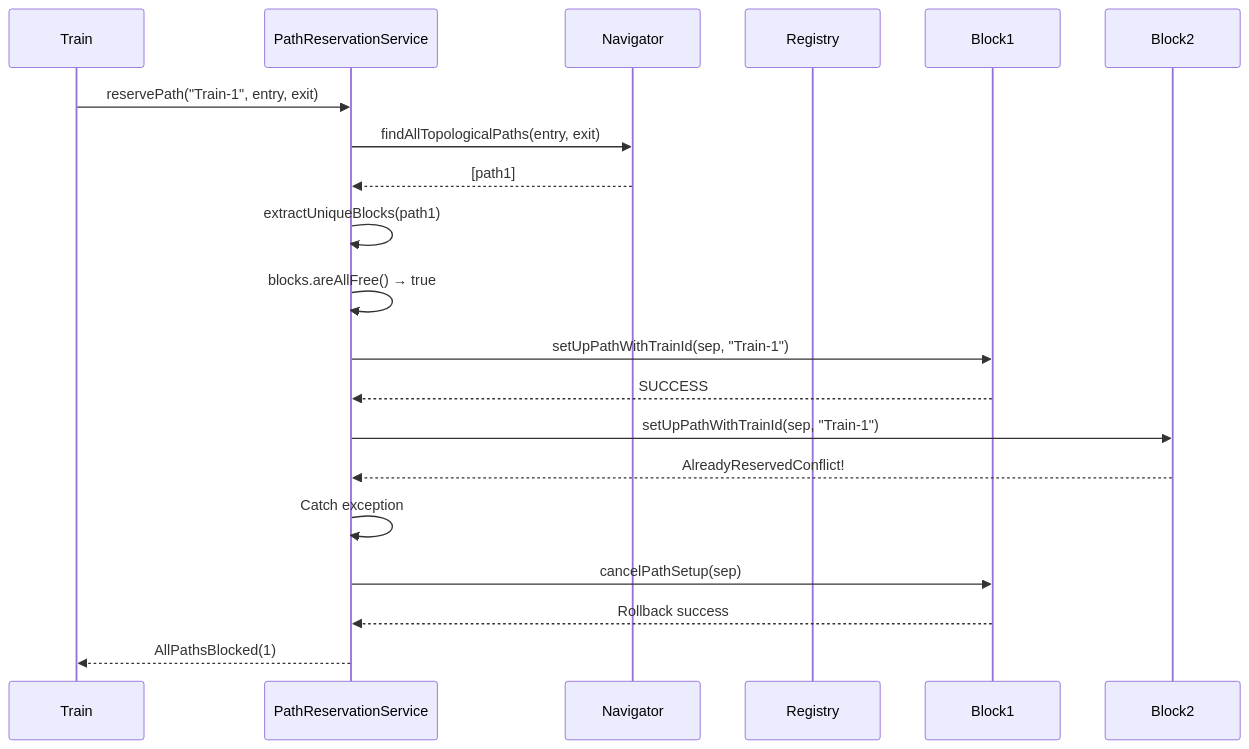
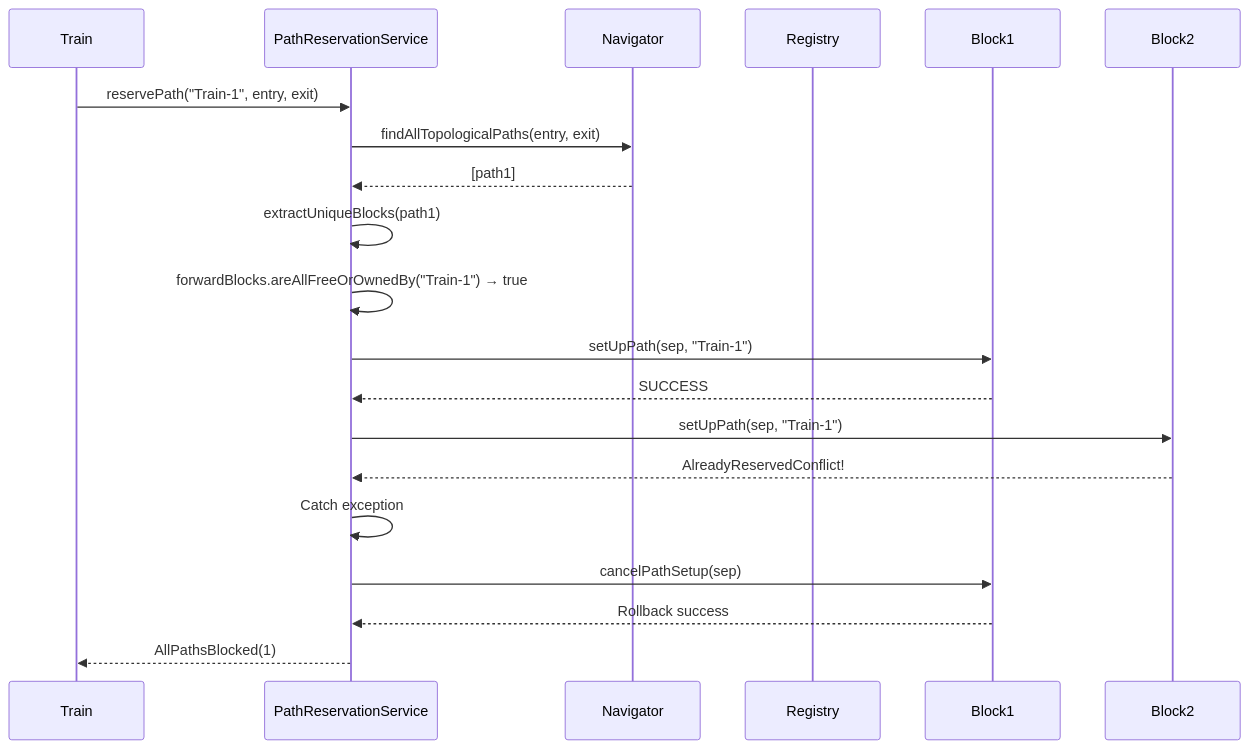
The third of 6 diagrams in docs/PATH_RESERVATION_ARCHITECTURE.md (bedaHovorka/interlockSim), drawn with Mermaid before and after one commit. The commit also changed other lines of this file and 2 other files, not shown here.

First line of the commit message:
Correct the path-reservation architecture docs to the post-SP12 code (#1263)

````diff
--- a/docs/PATH_RESERVATION_ARCHITECTURE.md
+++ b/docs/PATH_RESERVATION_ARCHITECTURE.md
@@ -869,28 +812,28 @@
 ```mermaid
 sequenceDiagram
     participant Train
     participant Service as PathReservationService
     participant Navigator
     participant Registry
     participant Block1
     participant Block2
 
     Train->>Service: reservePath("Train-1", entry, exit)
     Service->>Navigator: findAllTopologicalPaths(entry, exit)
     Navigator-->>Service: [path1]
 
     Service->>Service: extractUniqueBlocks(path1)
-    Service->>Service: blocks.areAllFree() → true
+    Service->>Service: forwardBlocks.areAllFreeOrOwnedBy("Train-1") → true
 
-    Service->>Block1: setUpPathWithTrainId(sep, "Train-1")
+    Service->>Block1: setUpPath(sep, "Train-1")
     Block1-->>Service: SUCCESS
 
-    Service->>Block2: setUpPathWithTrainId(sep, "Train-1")
+    Service->>Block2: setUpPath(sep, "Train-1")
     Block2-->>Service: AlreadyReservedConflict!
 
     Service->>Service: Catch exception
     Service->>Block1: cancelPathSetup(sep)
     Block1-->>Service: Rollback success
 
     Service-->>Train: AllPathsBlocked(1)
 ```
````
